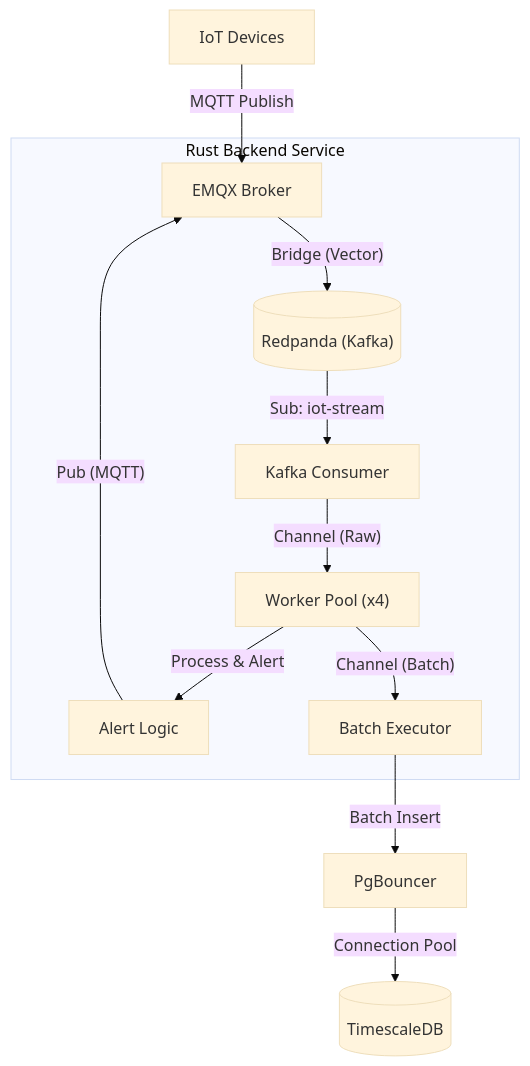
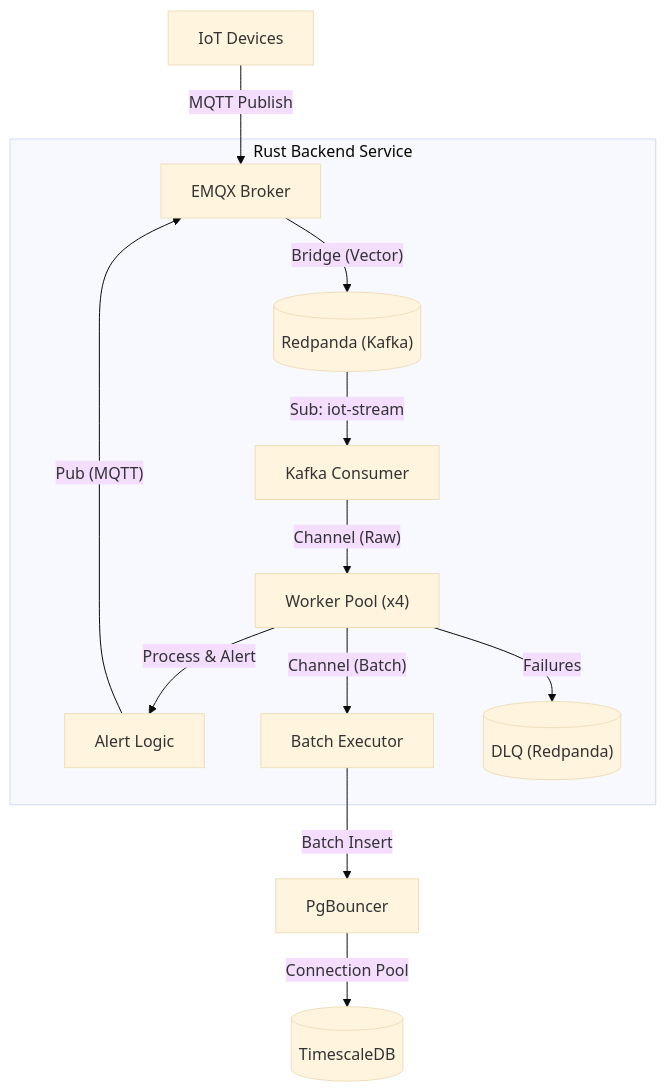
One commit to anandcpanchal/rust-mqtt-ingestor changed the diagram in README.md. Above: the diagram before and after it, drawn with Mermaid (base theme). The commit also changed other lines of this file, not shown here.

````diff
--- a/README.md
+++ b/README.md
@@ -10,16 +10,17 @@
 ```mermaid
 graph TD
     Devices["IoT Devices"] -->|MQTT Publish| EMQX["EMQX Broker"]
     EMQX -->|"Bridge (Vector)"| Redpanda[("Redpanda (Kafka)")]
     
     subgraph "Rust Backend Service"
         Redpanda -->|Sub: iot-stream| Consumer["Kafka Consumer"]
         Consumer -->|"Channel (Raw)"| WorkerPool["Worker Pool (x4)"]
         WorkerPool -->|Process & Alert| AlertLogic["Alert Logic"]
         AlertLogic -->|"Pub (MQTT)"| EMQX
         WorkerPool -->|"Channel (Batch)"| Executor["Batch Executor"]
+        WorkerPool -->|Failures| DLQ[("DLQ (Redpanda)")]
     end
     
     Executor -->|"Batch Insert"| PgBouncer
     PgBouncer -->|"Connection Pool"| TimescaleDB[("TimescaleDB")]
 ```
````
